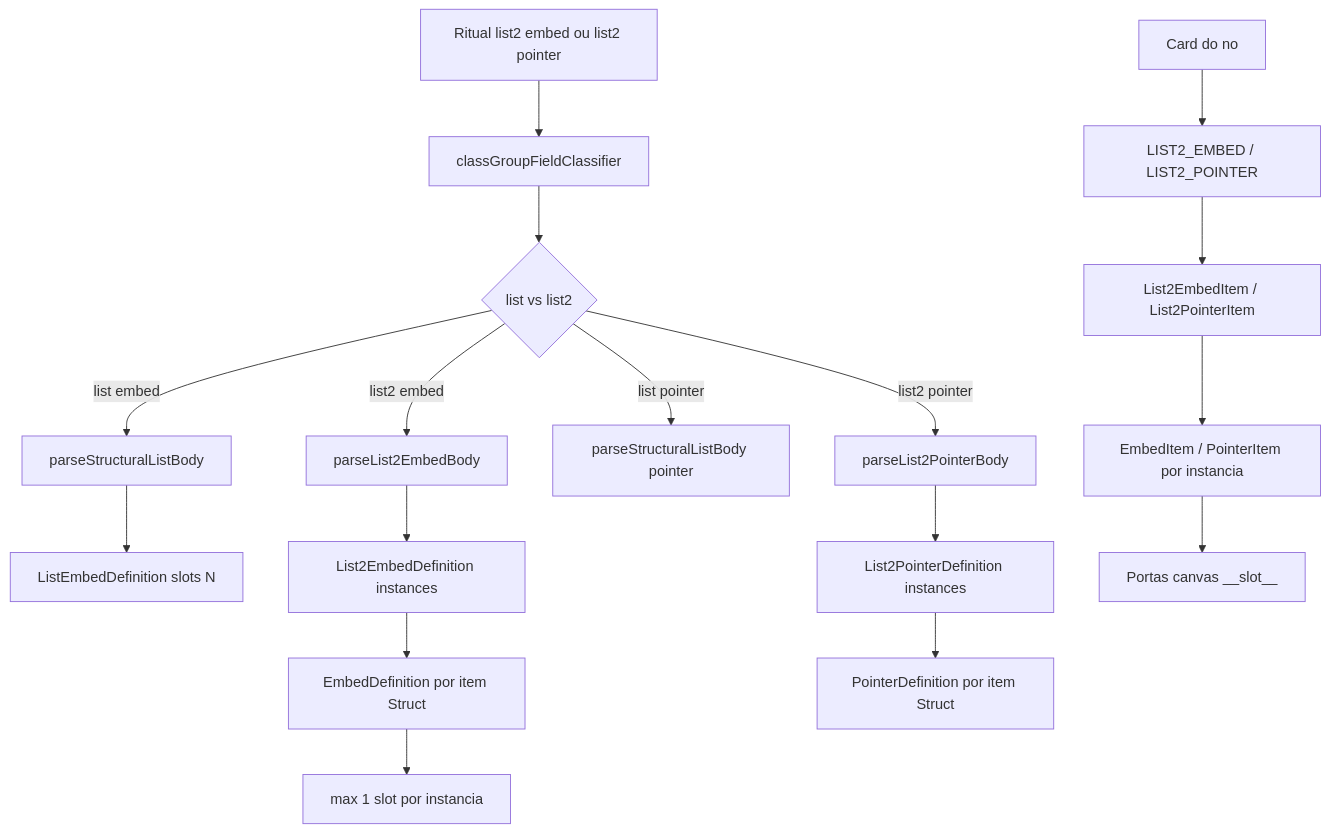
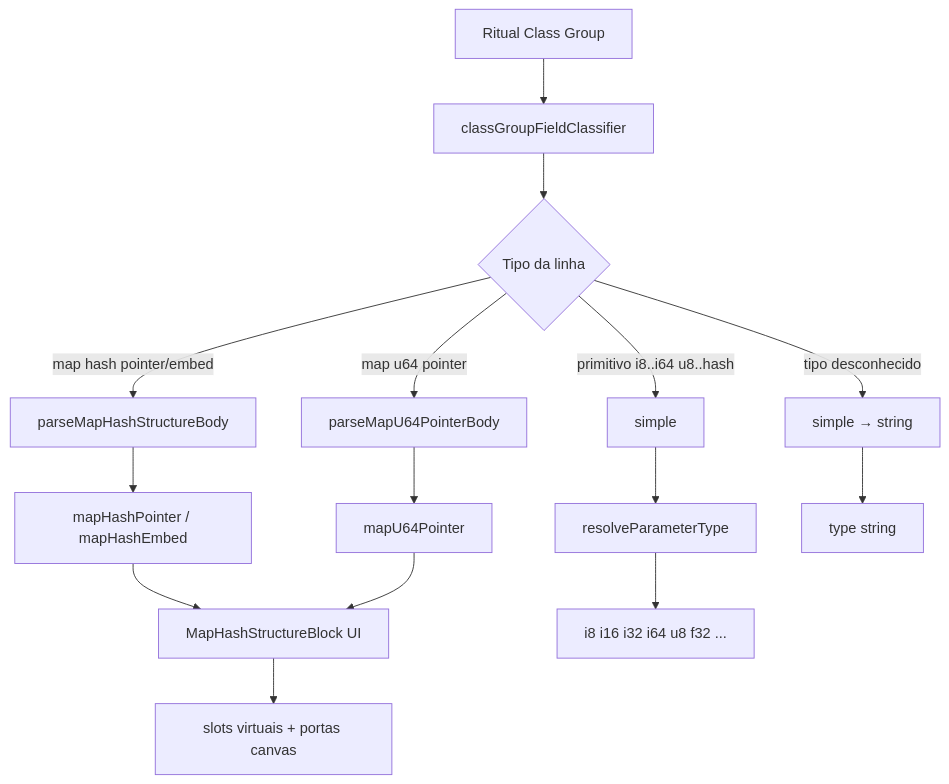
One commit to JunioCesar96/Node-Graphs-League-of-Legends changed the first of 2 diagrams in feature_md/feature/README.md. Above: the diagram before and after it, drawn with Mermaid. The commit also changed other lines of this file and 1 other file, not shown here.

Commit message:
docs: README e hash do commit map hash/u64 primitives (9bafd66)

````diff
--- a/feature_md/feature/README.md
+++ b/feature_md/feature/README.md
@@ -31,19 +31,17 @@
 ```mermaid
 graph TD
-  A[Ritual list2 embed ou list2 pointer] --> B[classGroupFieldClassifier]
-  B --> C{list vs list2}
-  C -->|list embed| D[parseStructuralListBody]
-  C -->|list2 embed| E[parseList2EmbedBody]
-  C -->|list pointer| F[parseStructuralListBody pointer]
-  C -->|list2 pointer| G[parseList2PointerBody]
-  D --> H[ListEmbedDefinition slots N]
-  E --> I[List2EmbedDefinition instances]
-  I --> J[EmbedDefinition por item Struct]
-  J --> K[max 1 slot por instancia]
-  G --> L[List2PointerDefinition instances]
-  L --> M[PointerDefinition por item Struct]
-  N[Card do no] --> O[LIST2_EMBED / LIST2_POINTER]
-  O --> P[List2EmbedItem / List2PointerItem]
-  P --> Q[EmbedItem / PointerItem por instancia]
-  Q --> R[Portas canvas __slot__]
+  A[Ritual Class Group] --> B[classGroupFieldClassifier]
+  B --> C{Tipo da linha}
+  C -->|primitivo i8..i64 u8..hash| D[simple]
+  C -->|tipo desconhecido| E[simple → string]
+  C -->|map hash pointer/embed| F[parseMapHashStructureBody]
+  C -->|map u64 pointer| G[parseMapU64PointerBody]
+  F --> H[mapHashPointer / mapHashEmbed]
+  G --> I[mapU64Pointer]
+  H --> J[MapHashStructureBlock UI]
+  I --> J
+  J --> K[slots virtuais + portas canvas]
+  D --> L[resolveParameterType]
+  L --> M[i8 i16 i32 i64 u8 f32 ...]
+  E --> N[type string]
 ```
````
